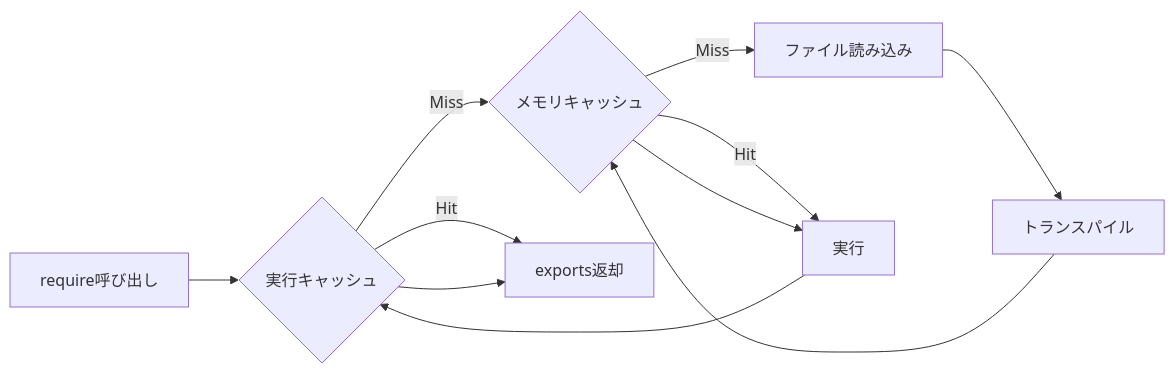
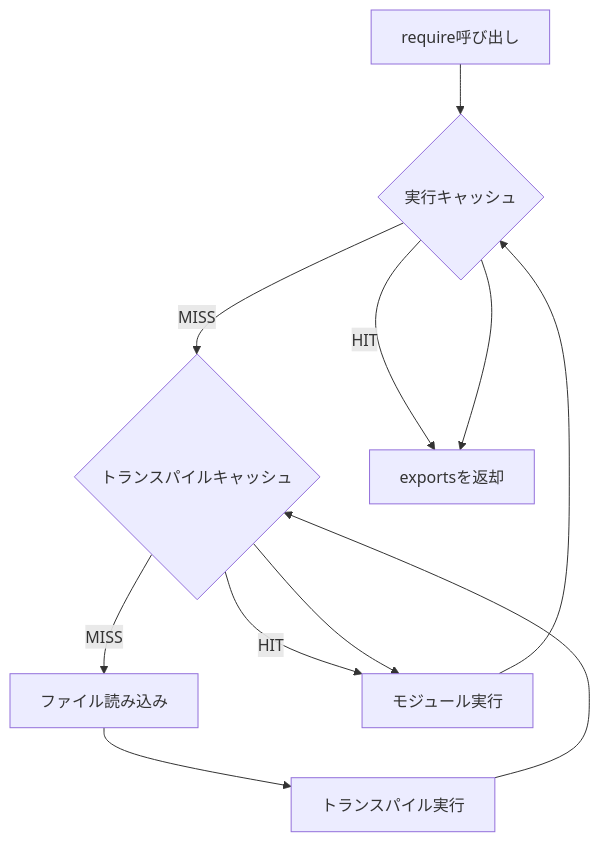
Before and after one commit to Stasshe/Pyxis-CodeCanvas: the third of 12 diagrams in docs/NODE-RUNTIME.md, drawn with Mermaid. The commit also changed other lines of this file and 3 other files, not shown here.

````diff
--- a/docs/NODE-RUNTIME.md
+++ b/docs/NODE-RUNTIME.md
@@ -169,20 +163,20 @@
 ```mermaid
-graph LR
+graph TB
     Request[require呼び出し]
     ExecCache{実行キャッシュ}
-    MemCache{メモリキャッシュ}
-    Transpile[トランスパイル]
-    Load[ファイル読み込み]
-    Execute[実行]
+    TranspileCache{トランスパイルキャッシュ}
+    FileRead[ファイル読み込み]
+    Transpile[トランスパイル実行]
+    Execute[モジュール実行]
     
     Request --> ExecCache
-    ExecCache -->|Hit| Return[exports返却]
-    ExecCache -->|Miss| MemCache
-    MemCache -->|Hit| Execute
-    MemCache -->|Miss| Load
-    Load --> Transpile
-    Transpile --> MemCache
-    MemCache --> Execute
+    ExecCache -->|HIT| ReturnExports[exportsを返却]
+    ExecCache -->|MISS| TranspileCache
+    TranspileCache -->|HIT| Execute
+    TranspileCache -->|MISS| FileRead
+    FileRead --> Transpile
+    Transpile --> TranspileCache
+    TranspileCache --> Execute
     Execute --> ExecCache
-    ExecCache --> Return
+    ExecCache --> ReturnExports
 ```
````
